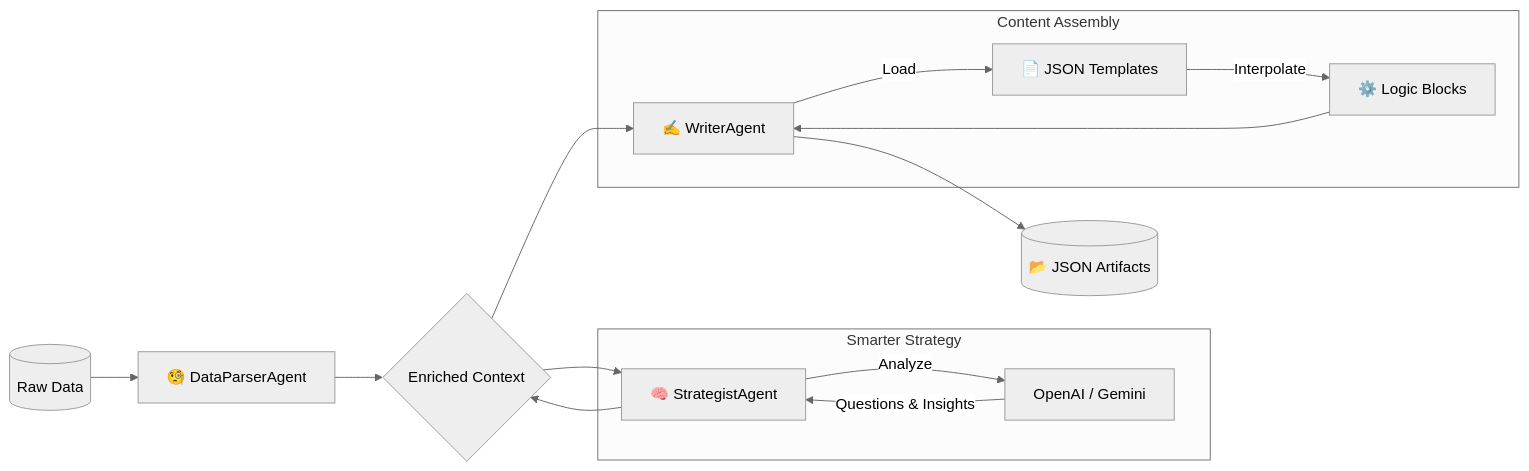
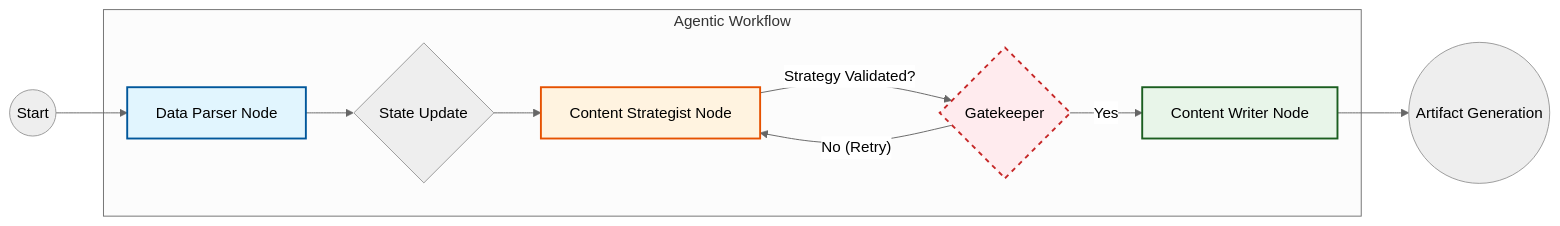
One commit to AmitS1009/kasparro-agentic-system changed the diagram in README.md. Above: the diagram before and after it, drawn with Mermaid (neutral theme). The commit also changed other lines of this file and 10 other files, not shown here.

````diff
--- a/README.md
+++ b/README.md
@@ -18,22 +17,19 @@
 ```mermaid
 graph LR
-    Input[(Raw Data)] --> Parser[🧐 DataParserAgent]
-    Parser --> Context{Enriched Context}
-    Context --> Strategist[🧠 StrategistAgent]
+    START((Start)) --> Parser[Data Parser Node]
     
-    subgraph "Smarter Strategy"
-        Strategist -- "Analyze" --> LLM[OpenAI / Gemini]
-        LLM -- "Questions & Insights" --> Strategist
+    subgraph "Agentic Workflow"
+        Parser --> State{State Update}
+        State --> Strategist[Content Strategist Node]
+        Strategist -- "Strategy Validated?" --> Validator{Gatekeeper}
+        Validator -- "Yes" --> Writer[Content Writer Node]
+        Validator -- "No (Retry)" --> Strategist
     end
     
-    Strategist --> Context
-    Context --> Writer[✍️ WriterAgent]
-    
-    subgraph "Content Assembly"
-        Writer -- "Load" --> Templates[📄 JSON Templates]
-        Templates -- "Interpolate" --> Logic[⚙️ Logic Blocks]
-        Logic --> Writer
-    end
-    
-    Writer --> Output[(📂 JSON Artifacts)]
+    Writer --> END((Artifact Generation))
+
+    style Parser fill:#e1f5fe,stroke:#01579b,stroke-width:2px
+    style Strategist fill:#fff3e0,stroke:#e65100,stroke-width:2px
+    style Writer fill:#e8f5e9,stroke:#1b5e20,stroke-width:2px
+    style Validator fill:#ffebee,stroke:#c62828,stroke-width:2px,stroke-dasharray: 5 5
 ```
````
